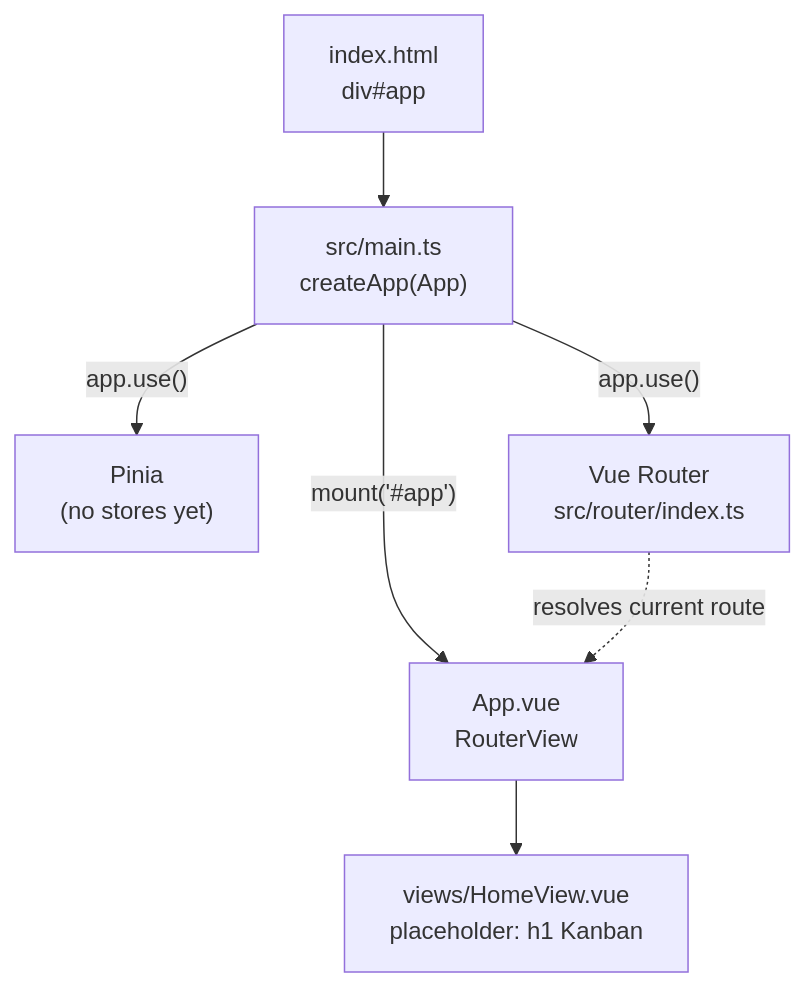
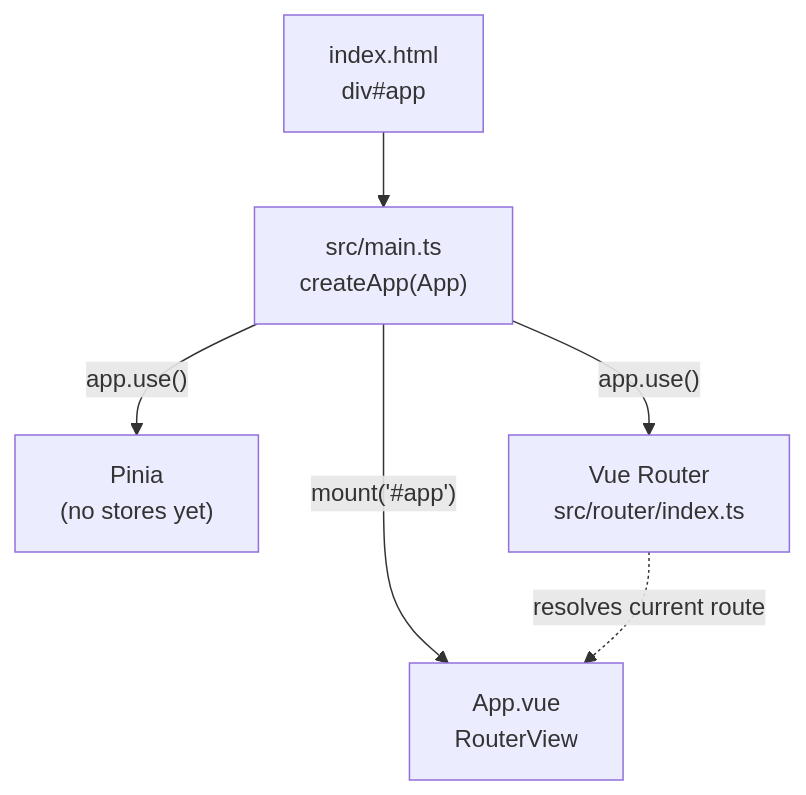
One commit to 0quasarquantum0/Kanban_Vue changed the first of 4 diagrams in docs/architecture.md. Above: the diagram before and after it, drawn with Mermaid. The commit also changed other lines of this file and 7 other files, not shown here.

````diff
--- a/docs/architecture.md
+++ b/docs/architecture.md
@@ -9,9 +9,8 @@
 ```mermaid
 flowchart TD
   html["index.html<br/>div#app"] --> main["src/main.ts<br/>createApp(App)"]
   main -- "app.use()" --> pinia["Pinia<br/>(no stores yet)"]
   main -- "app.use()" --> router["Vue Router<br/>src/router/index.ts"]
   main -- "mount('#app')" --> app["App.vue<br/>RouterView"]
   router -. "resolves current route" .-> app
-  app --> home["views/HomeView.vue<br/>placeholder: h1 Kanban"]
 ```
````
